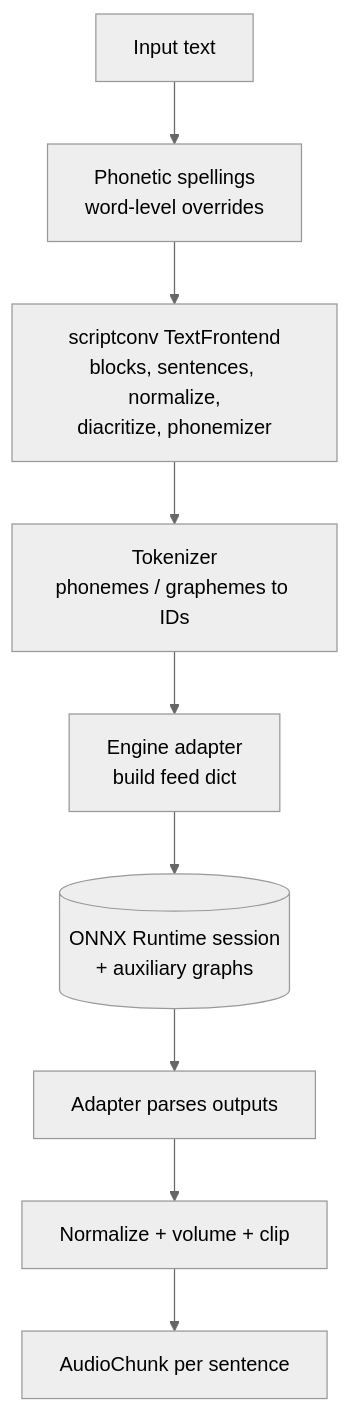
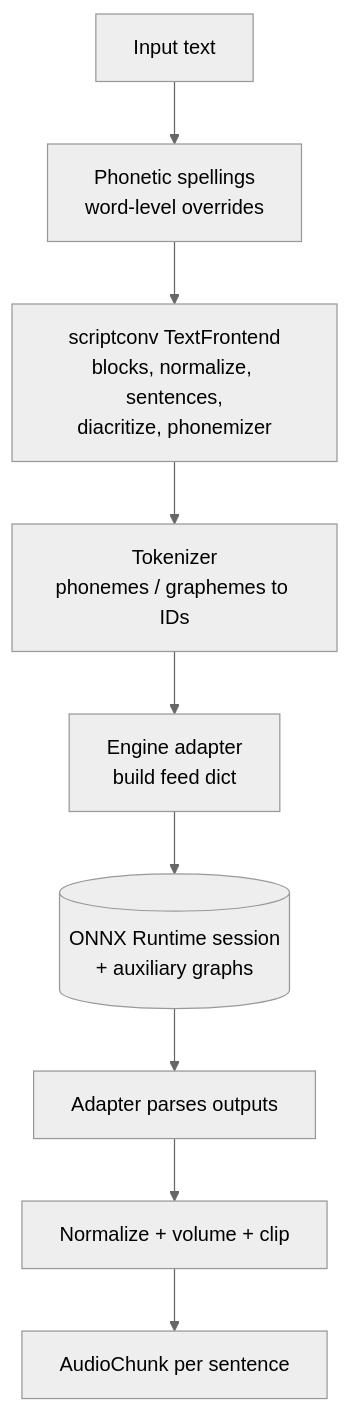
One commit to TigreGotico/phoonnx changed the diagram in docs/architecture.md. Above: the diagram before and after it, drawn with Mermaid (neutral theme). The commit also changed other lines of this file and 5 other files, not shown here.

First line of the commit message:
test: follow scriptconv 0.0.4a104 frontend order

````diff
--- a/docs/architecture.md
+++ b/docs/architecture.md
@@ -13,11 +13,11 @@
 ```mermaid
 flowchart TD
     T[Input text] --> PS[Phonetic spellings<br/>word-level overrides]
-    PS --> P[scriptconv TextFrontend<br/>blocks, sentences, normalize,<br/>diacritize, phonemizer]
+    PS --> P[scriptconv TextFrontend<br/>blocks, normalize, sentences,<br/>diacritize, phonemizer]
     P --> TK[Tokenizer<br/>phonemes / graphemes to IDs]
     TK --> A[Engine adapter<br/>build feed dict]
     A --> S[(ONNX Runtime session<br/>+ auxiliary graphs)]
     S --> AU[Adapter parses outputs]
     AU --> N[Normalize + volume + clip]
     N --> C[AudioChunk per sentence]
 ```
````
